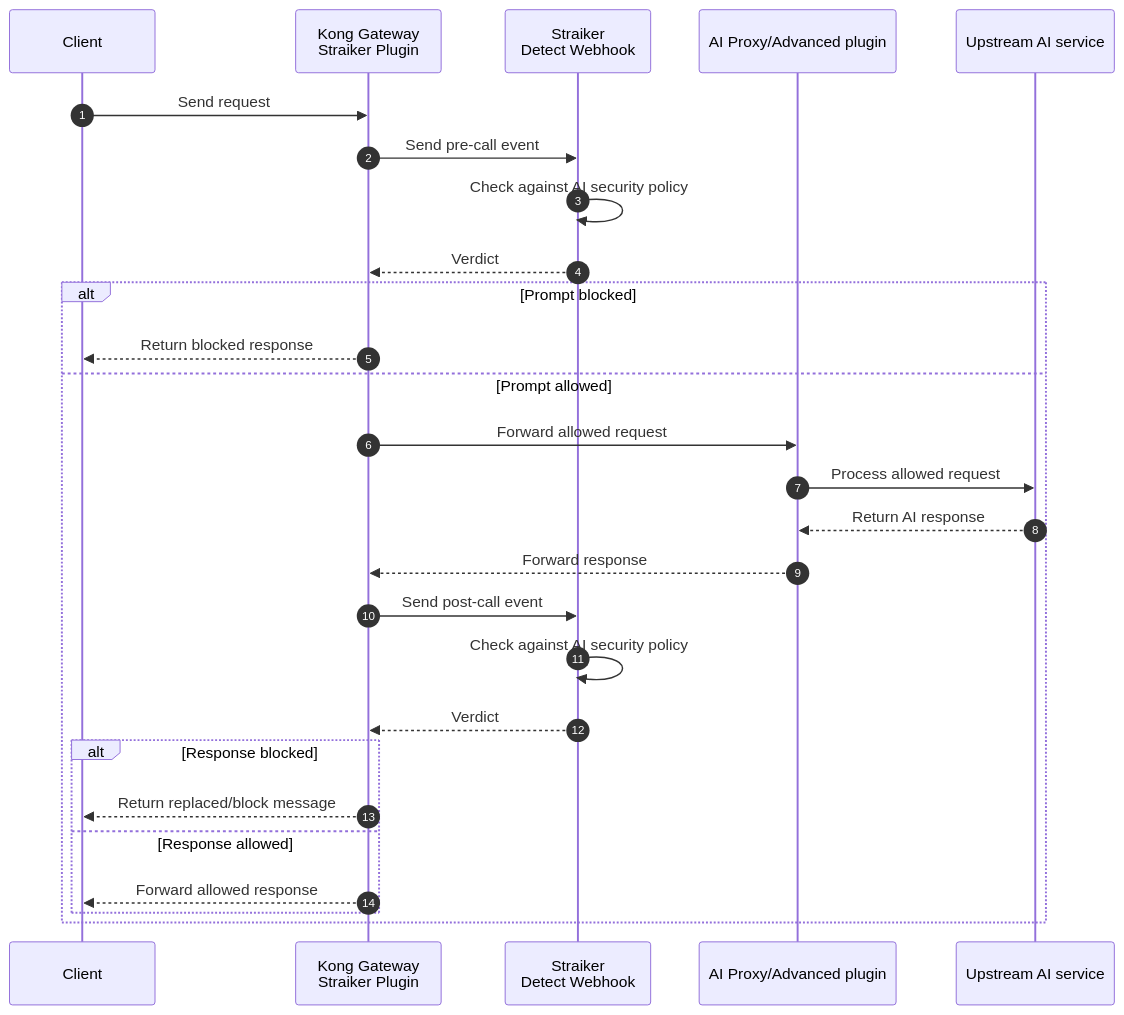
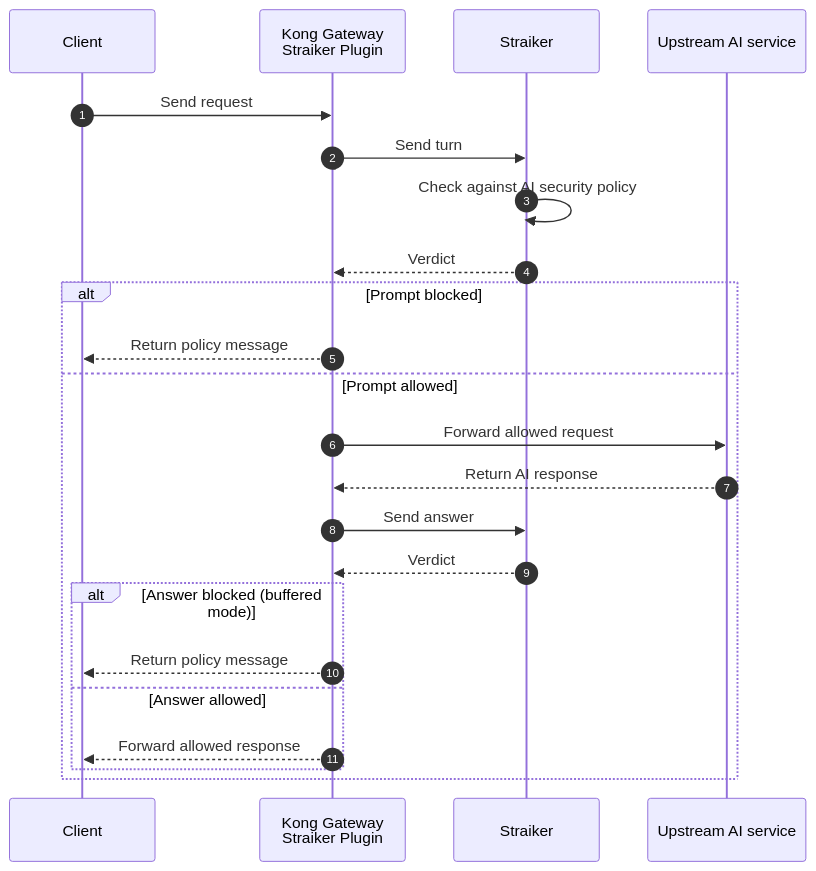
Before and after one commit to straiker-ai/kong: the diagram in docs/kong-partner-one-pager.md, drawn with Mermaid. The commit also changed other lines of this file and 15 other files, not shown here.

````diff
--- a/docs/kong-partner-one-pager.md
+++ b/docs/kong-partner-one-pager.md
@@ -91,32 +92,28 @@
 ```mermaid
 sequenceDiagram
     autonumber
     participant client as Client
     participant straiker as Kong Gateway<br/>Straiker Plugin
-    participant detect as Straiker<br/>Detect Webhook
-    participant proxy as AI Proxy/Advanced plugin
+    participant detect as Straiker
     participant llm as Upstream AI service
 
     client->>straiker: Send request
-    straiker->>detect: Send pre-call event
+    straiker->>detect: Send turn
     detect->>detect: Check against AI security policy
     detect-->>straiker: Verdict
 
     alt Prompt blocked
-        straiker-->>client: Return blocked response
+        straiker-->>client: Return policy message
     else Prompt allowed
-        straiker->>proxy: Forward allowed request
-        proxy->>llm: Process allowed request
-        llm-->>proxy: Return AI response
-        proxy-->>straiker: Forward response
-        straiker->>detect: Send post-call event
-        detect->>detect: Check against AI security policy
+        straiker->>llm: Forward allowed request
+        llm-->>straiker: Return AI response
+        straiker->>detect: Send answer
         detect-->>straiker: Verdict
 
-        alt Response blocked
-            straiker-->>client: Return replaced/block message
-        else Response allowed
+        alt Answer blocked (buffered mode)
+            straiker-->>client: Return policy message
+        else Answer allowed
             straiker-->>client: Forward allowed response
         end
     end
 ```
````
